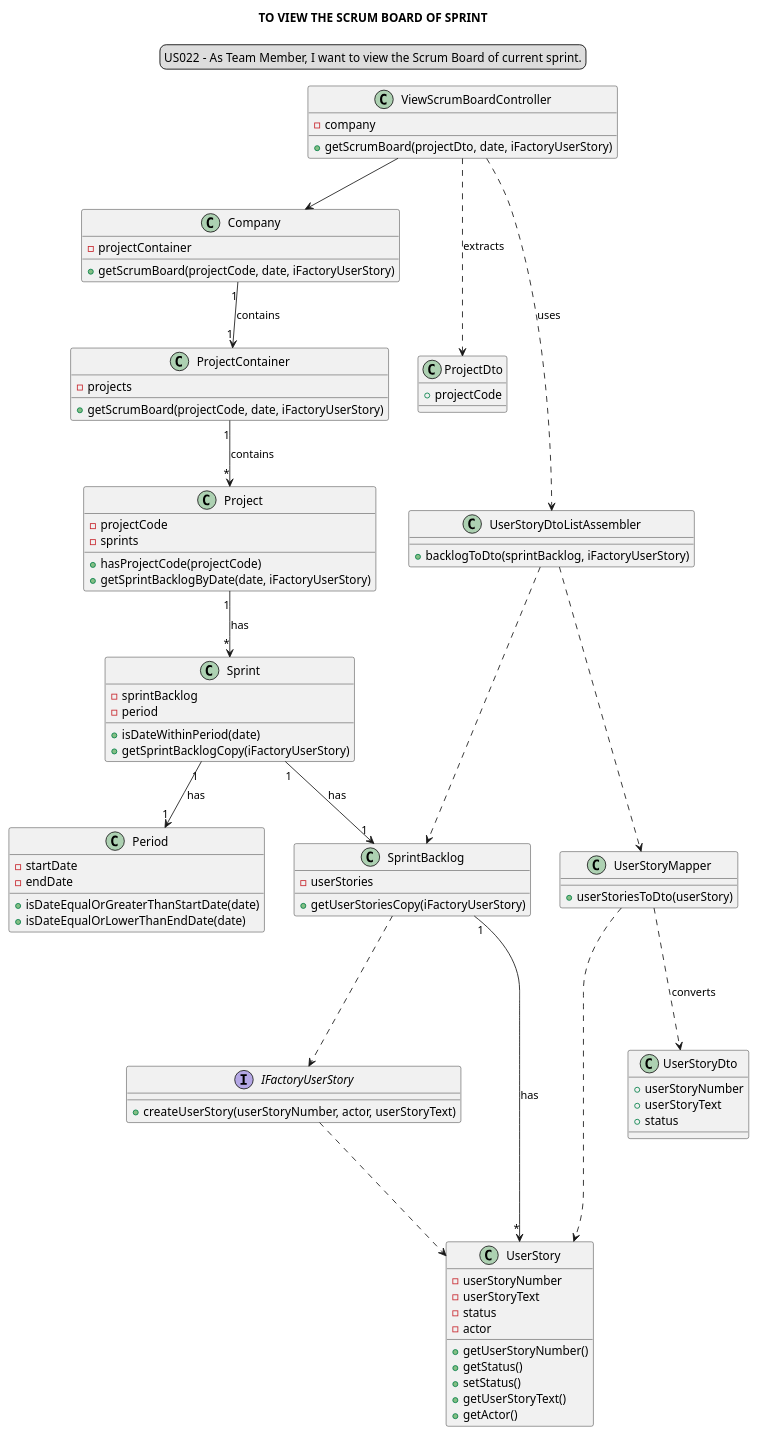
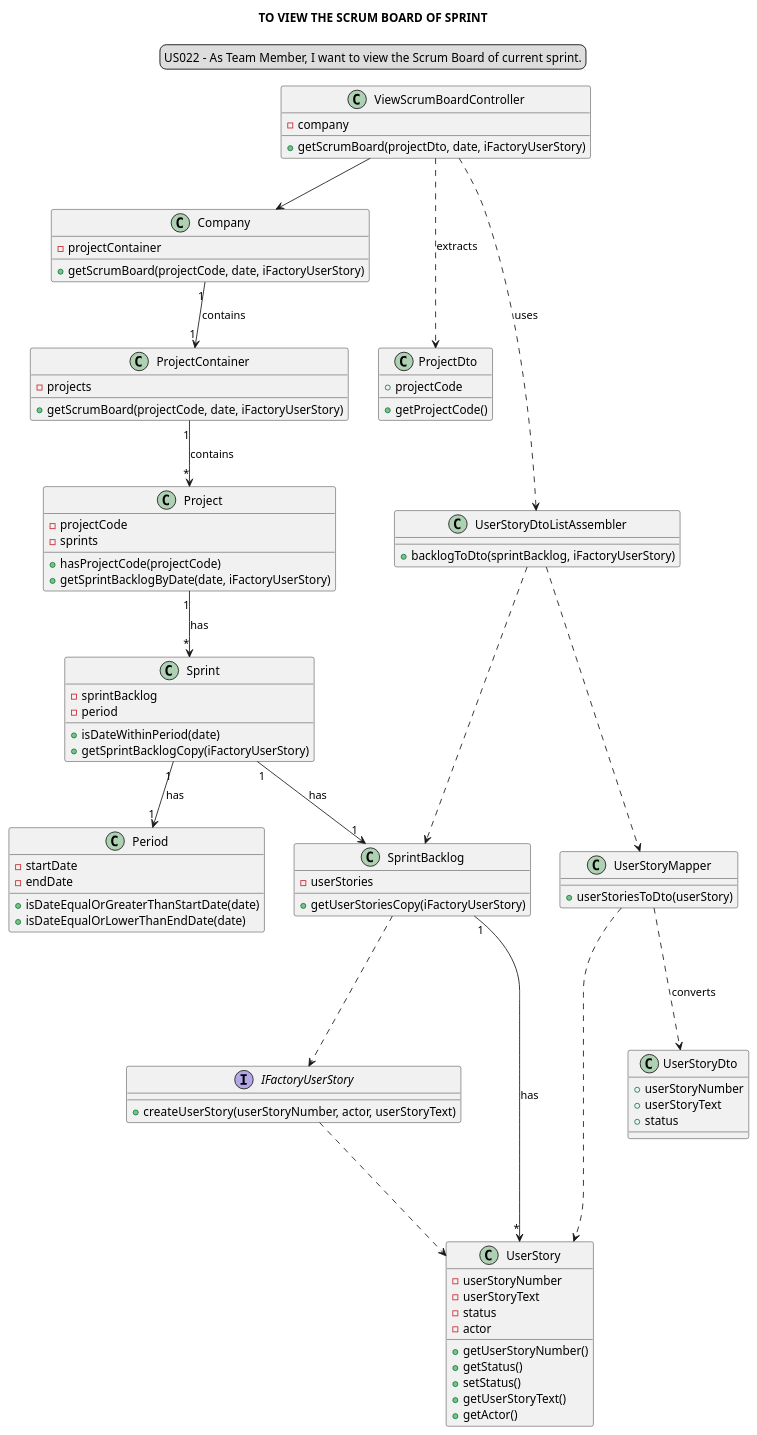
One commit to Loracline/project_switch_22-23 changed the diagram in docs/modelling_design/user_stories/sprint03/us022/US022_classDiagram.puml. Above: the diagram before and after it, drawn with PlantUML. The commit also changed 3 other files, not shown here.

Commit message:
US018: Design: updated Class Diagram of US018 and Class Diagram of US022, addresses #5, #50

```diff
--- a/docs/modelling_design/user_stories/sprint03/us022/US022_classDiagram.puml
+++ b/docs/modelling_design/user_stories/sprint03/us022/US022_classDiagram.puml
@@ -1,113 +1,114 @@
 @startuml
 
 skinparam sequenceMessageAlign center
 title TO VIEW THE SCRUM BOARD OF SPRINT
 legend top
 US022 - As Team Member, I want to view the Scrum Board of current sprint.
 end legend
 
 class ViewScrumBoardController
 class Company
 class ProjectContainer
 class Project
 class Sprint
 class SprintBacklog
 class ProjectDto
 interface IFactoryUserStory
 class UserStory
 class UserStoryDtoListAssembler
 class UserStoryMapper
 class UserStoryDto
 
 class ViewScrumBoardController {
 -company
 +getScrumBoard(projectDto, date, iFactoryUserStory)
 }
 
 class Company {
 -projectContainer
 +getScrumBoard(projectCode, date, iFactoryUserStory)
 }
 
 class ProjectContainer {
 -projects
 +getScrumBoard(projectCode, date, iFactoryUserStory)
 }
 
 class Project {
 -projectCode
 -sprints
 +hasProjectCode(projectCode)
 +getSprintBacklogByDate(date, iFactoryUserStory)
 }
 
 class Sprint {
 -sprintBacklog
 -period
 +isDateWithinPeriod(date)
 +getSprintBacklogCopy(iFactoryUserStory)
 }
 
 class Period {
 -startDate
 -endDate
 +isDateEqualOrGreaterThanStartDate(date)
 +isDateEqualOrLowerThanEndDate(date)
 }
 
 class SprintBacklog {
 -userStories
 +getUserStoriesCopy(iFactoryUserStory)
 }
 
 class ProjectDto {
 +projectCode
++getProjectCode()
 }
 
 interface IFactoryUserStory {
 +createUserStory(userStoryNumber, actor, userStoryText)
 }
 
 class UserStory {
 -userStoryNumber
 -userStoryText
 -status
 -actor
 +getUserStoryNumber()
 +getStatus()
 +setStatus()
 +getUserStoryText()
 +getActor()
 }
 
 class UserStoryDto {
 +userStoryNumber
 +userStoryText
 +status
 }
 
 class UserStoryMapper {
 +userStoriesToDto(userStory)
 }
 
 class UserStoryDtoListAssembler {
 +backlogToDto(sprintBacklog, iFactoryUserStory)
 }
 
 "ViewScrumBoardController" --> "Company"
 "Company" "1" --> "1" "ProjectContainer": contains
 "ProjectContainer" "1" --> "*" "Project": contains
 "Project" "1" --> "*" "Sprint": has
 "Sprint" "1" --> "1" "SprintBacklog": has
 "Sprint" "1" --> "1" "Period": has
 "SprintBacklog" .--> "IFactoryUserStory"
 "SprintBacklog" "1" --> "*" "UserStory": has
 "IFactoryUserStory" .--> "UserStory"
 "ViewScrumBoardController" .--> "ProjectDto": extracts
 "ViewScrumBoardController" .--> "UserStoryDtoListAssembler": uses
 "UserStoryDtoListAssembler" .--> "UserStoryMapper"
 "UserStoryDtoListAssembler" .--> "SprintBacklog"
 "UserStoryMapper" .--> "UserStoryDto": converts
 "UserStoryMapper" .--> "UserStory"
 
 @enduml
```
